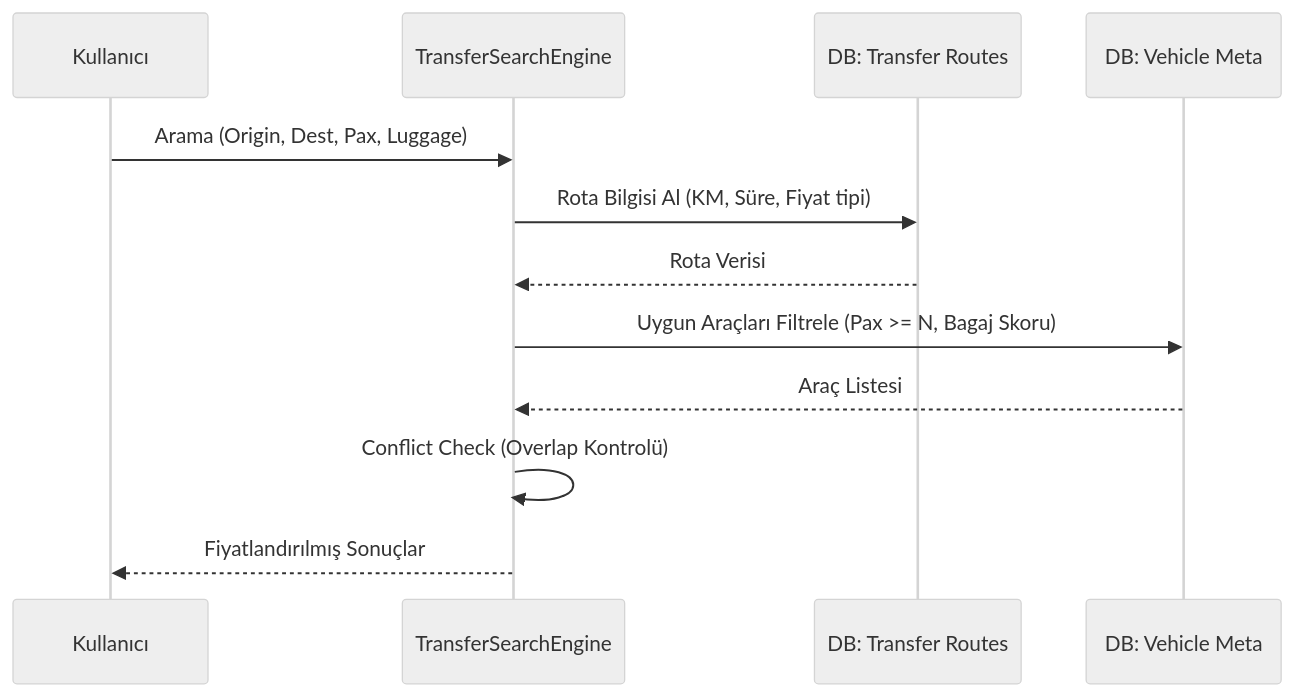
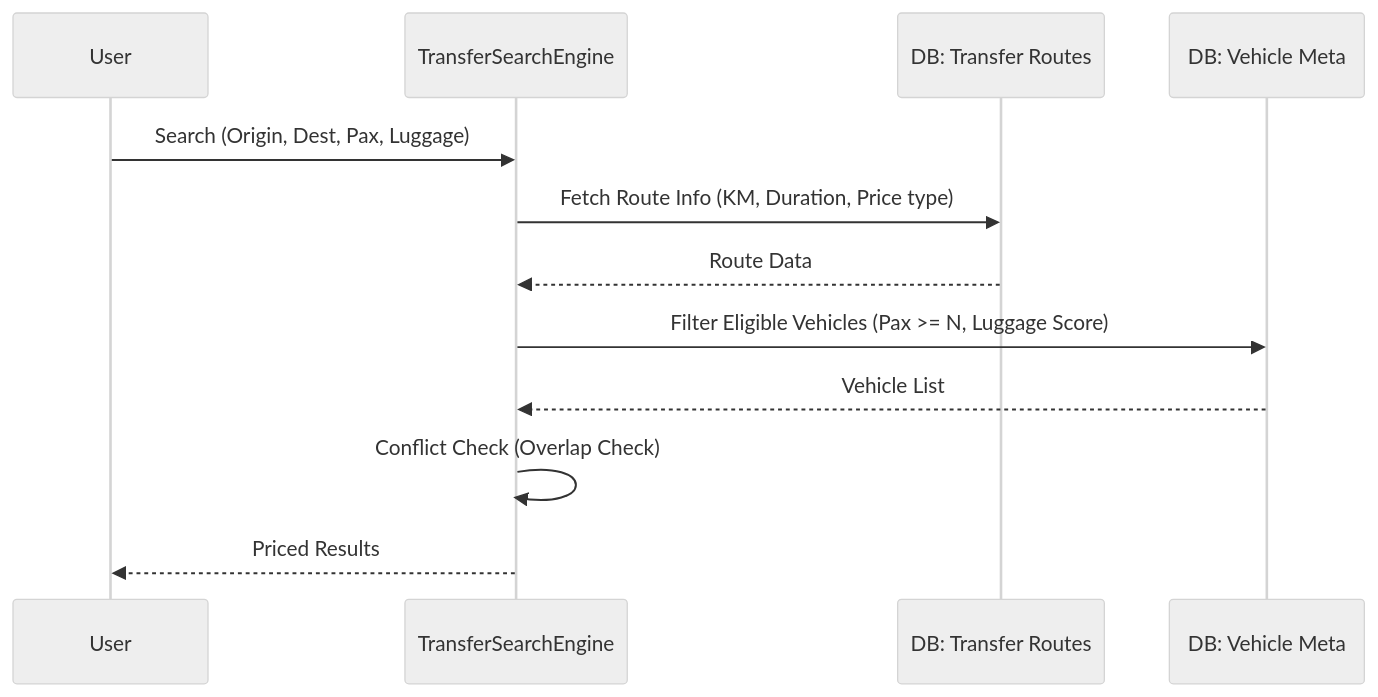
One commit to MaxHandMade/mhm-rentiva-docs changed the diagram in docs/04-developer/core/transfer-module-architecture.md. Above: the diagram before and after it, drawn with Mermaid (neutral theme). The commit also changed other lines of this file and 347 other files, not shown here.

````diff
--- a/docs/04-developer/core/transfer-module-architecture.md
+++ b/docs/04-developer/core/transfer-module-architecture.md
@@ -36,15 +36,15 @@
 ```mermaid
 sequenceDiagram
-    participant U as Kullanıcı
+    participant U as User
     participant S as TransferSearchEngine
     participant R as DB: Transfer Routes
     participant V as DB: Vehicle Meta
     
-    U->>S: Arama (Origin, Dest, Pax, Luggage)
-    S->>R: Rota Bilgisi Al (KM, Süre, Fiyat tipi)
-    R-->>S: Rota Verisi
-    S->>V: Uygun Araçları Filtrele (Pax >= N, Bagaj Skoru)
-    V-->>S: Araç Listesi
-    S->>S: Conflict Check (Overlap Kontrolü)
-    S-->>U: Fiyatlandırılmış Sonuçlar
+    U->>S: Search (Origin, Dest, Pax, Luggage)
+    S->>R: Fetch Route Info (KM, Duration, Price type)
+    R-->>S: Route Data
+    S->>V: Filter Eligible Vehicles (Pax >= N, Luggage Score)
+    V-->>S: Vehicle List
+    S->>S: Conflict Check (Overlap Check)
+    S-->>U: Priced Results
 ```
````
